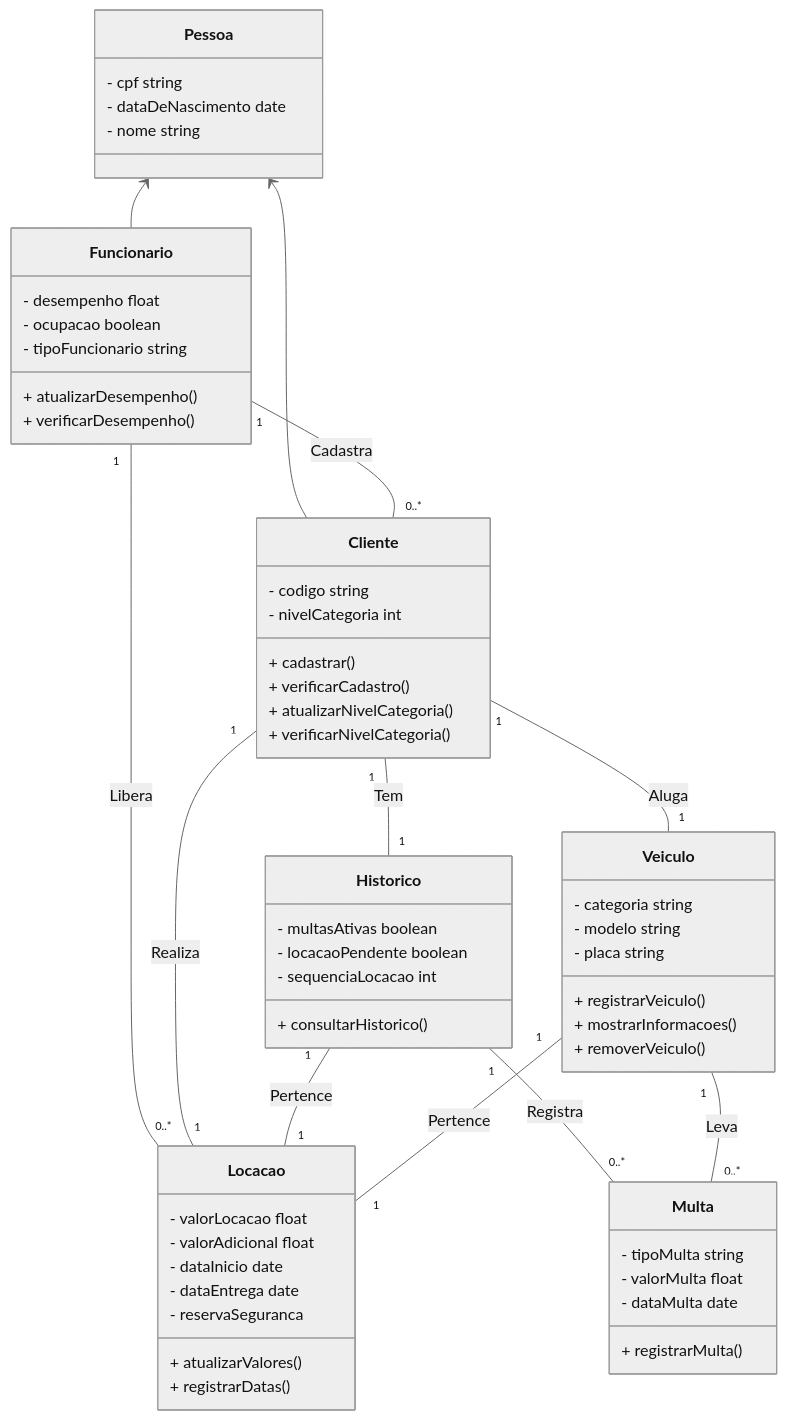
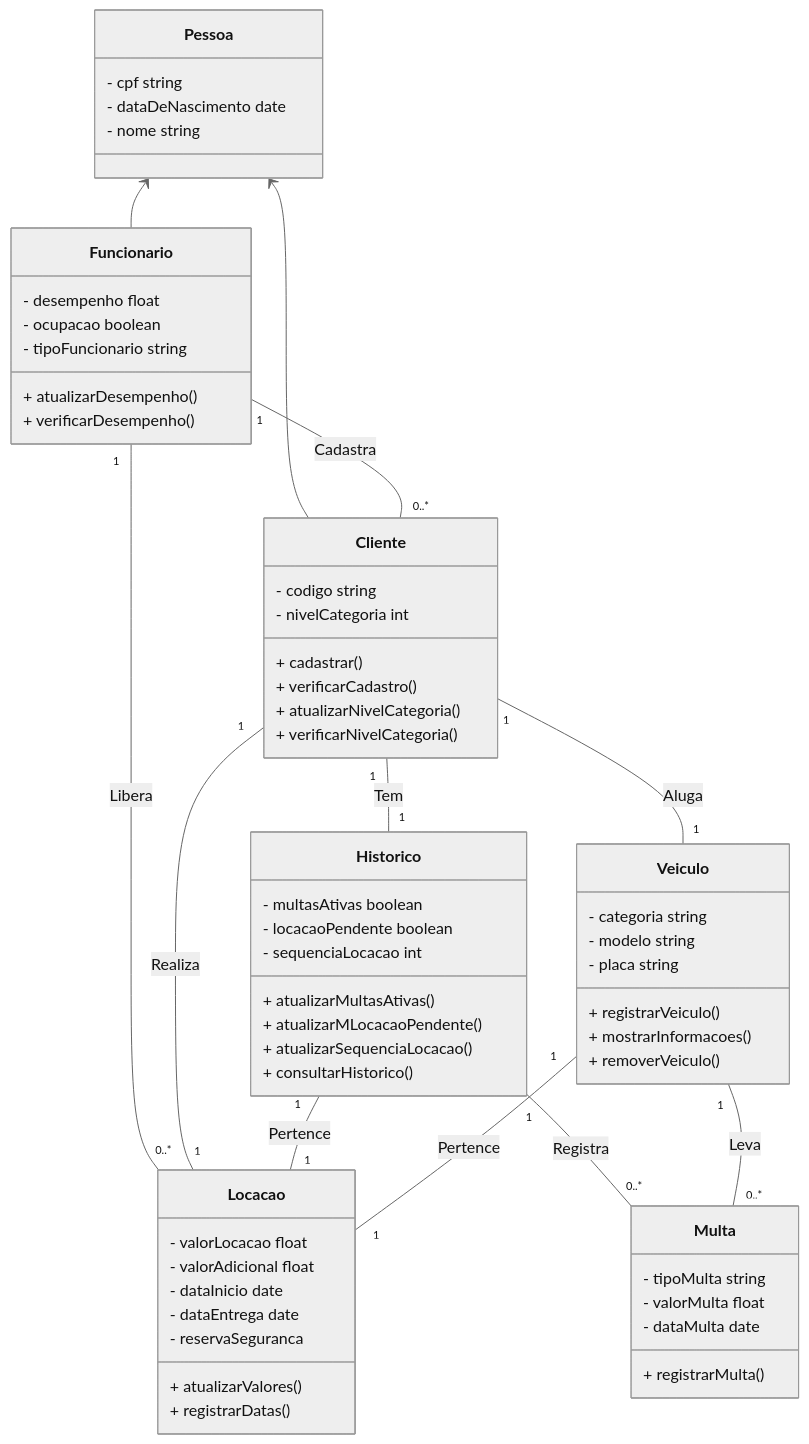
One commit to iagorosa28/mod_software changed the diagram in README.md. Above: the diagram before and after it, drawn with Mermaid (neutral theme).

````diff
--- a/README.md
+++ b/README.md
@@ -62,70 +62,73 @@
 ```mermaid
 classDiagram
   Pessoa <-- Cliente
   Pessoa <-- Funcionario
   Funcionario "1" -- "0..*" Cliente : Cadastra
   Funcionario "1" -- "0..*" Locacao : Libera
   Cliente "1" -- "1" Locacao : Realiza
   Cliente "1" -- "1" Veiculo : Aluga
   Cliente "1" -- "1" Historico : Tem
   Historico "1" -- "1" Locacao : Pertence
   Historico "1" -- "0..*" Multa : Registra
   Veiculo "1" -- "1" Locacao : Pertence
   Veiculo "1" -- "0..*" Multa : Leva
 
   class Pessoa{
   - cpf string
   - dataDeNascimento date
   - nome string
   }
 
   class Cliente{
   - codigo string
   - nivelCategoria int
   + cadastrar()
   + verificarCadastro()
   + atualizarNivelCategoria()
   + verificarNivelCategoria()
   }
 
   class Funcionario{
   - desempenho float
   - ocupacao boolean
   - tipoFuncionario string
   + atualizarDesempenho()
   + verificarDesempenho()
   }
 
   class Historico{
   - multasAtivas boolean
   - locacaoPendente boolean
   - sequenciaLocacao int
+  + atualizarMultasAtivas()
+  + atualizarMLocacaoPendente()
+  + atualizarSequenciaLocacao()
   + consultarHistorico()
   }
 
   class Locacao{
   - valorLocacao float
   - valorAdicional float
   - dataInicio date
   - dataEntrega date
   - reservaSeguranca
   + atualizarValores()
   + registrarDatas()
   }
 
   class Veiculo{
   - categoria string
   - modelo string
   - placa string
   + registrarVeiculo()
   + mostrarInformacoes()
   + removerVeiculo()
   }
 
   class Multa{
   - tipoMulta string
   - valorMulta float
   - dataMulta date
   + registrarMulta()
   }
 ```
````
